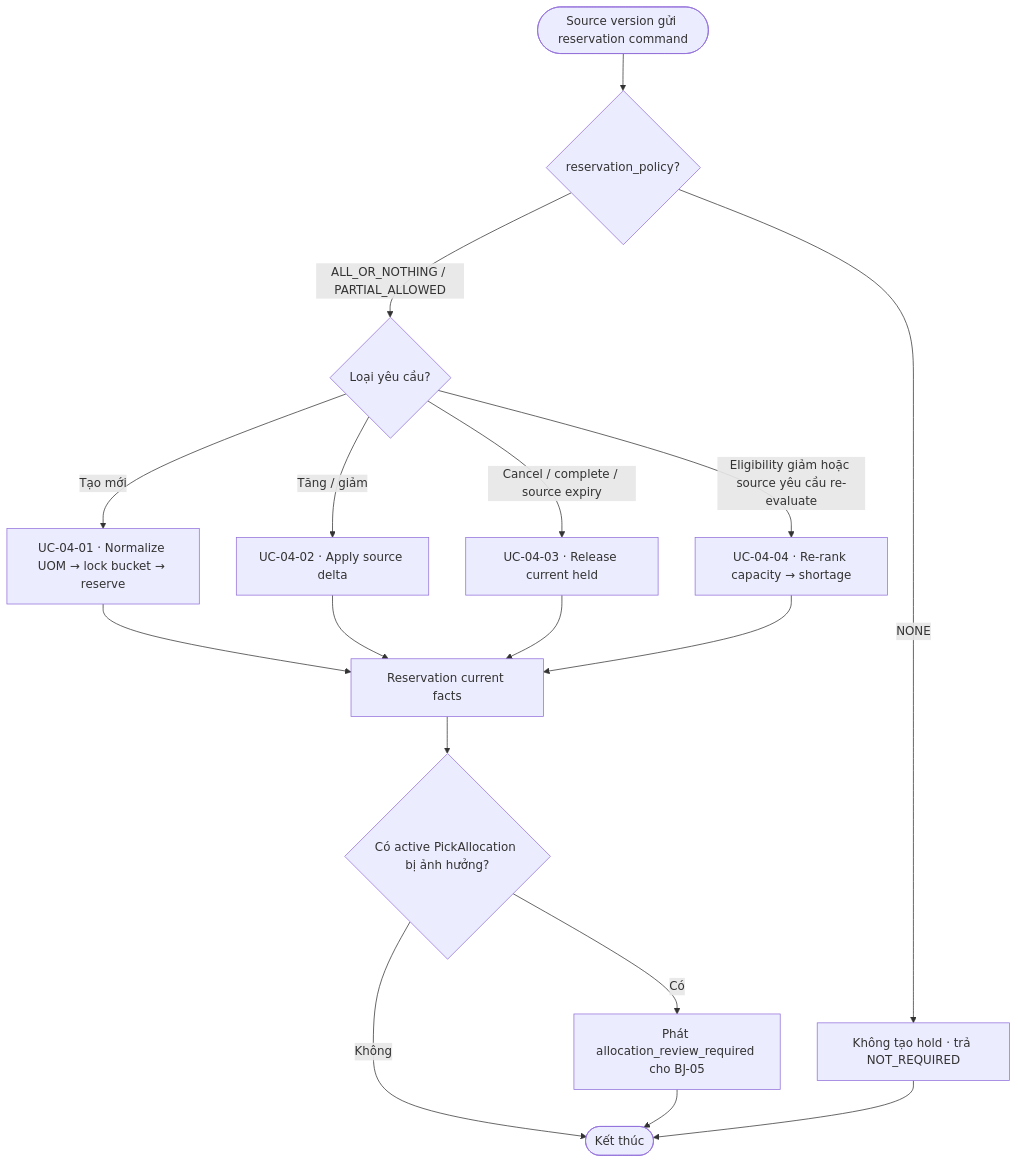
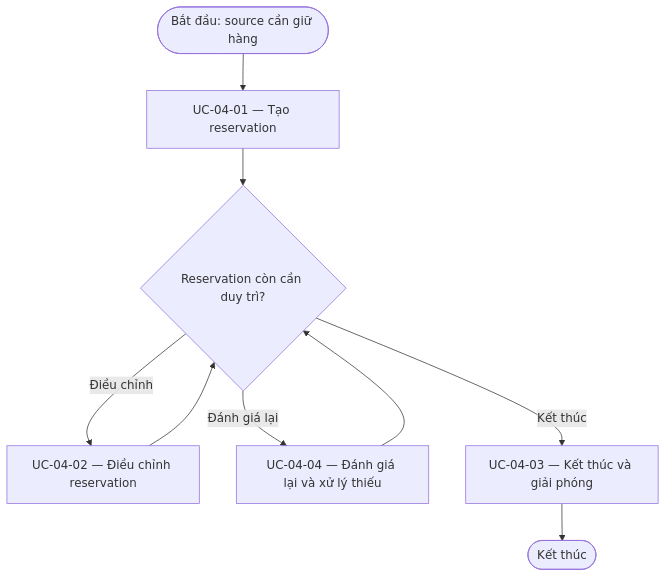
Before and after one commit to DsChien102/erp-sales-inventory: the diagram in specs/themes/theme-07/02.specification/behavior/journeys/BJ-04-quan-ly-vong-oi-giu-hang.md, drawn with Mermaid. The commit also changed other lines of this file and 4136 other files, not shown here.

````diff
--- a/specs/themes/theme-07/02.specification/behavior/journeys/BJ-04-quan-ly-vong-oi-giu-hang.md
+++ b/specs/themes/theme-07/02.specification/behavior/journeys/BJ-04-quan-ly-vong-oi-giu-hang.md
@@ -36,19 +32,11 @@
 ```mermaid
 flowchart TD
-    S([Source version gửi reservation command]) --> P{reservation_policy?}
-    P -->|NONE| N[Không tạo hold · trả NOT_REQUIRED]
-    P -->|ALL_OR_NOTHING / PARTIAL_ALLOWED| T{Loại yêu cầu?}
-    T -->|Tạo mới| U1[UC-04-01 · Normalize UOM → lock bucket → reserve]
-    T -->|Tăng / giảm| U2[UC-04-02 · Apply source delta]
-    T -->|Cancel / complete / source expiry| U3[UC-04-03 · Release current held]
-    T -->|Eligibility giảm hoặc source yêu cầu re-evaluate| U4[UC-04-04 · Re-rank capacity → shortage]
-    U1 --> R[Reservation current facts]
-    U2 --> R
-    U3 --> R
-    U4 --> R
-    R --> A{Có active PickAllocation bị ảnh hưởng?}
-    A -->|Có| B[Phát allocation_review_required cho BJ-05]
-    A -->|Không| E([Kết thúc])
-    B --> E
-    N --> E
+    Begin([Bắt đầu: source cần giữ hàng]) --> U1["UC-04-01 — Tạo reservation"]
+    U1 --> D{"Reservation còn cần duy trì?"}
+    D -->|Điều chỉnh| U2["UC-04-02 — Điều chỉnh reservation"]
+    D -->|Đánh giá lại| U4["UC-04-04 — Đánh giá lại và xử lý thiếu"]
+    D -->|Kết thúc| U3["UC-04-03 — Kết thúc và giải phóng"]
+    U2 --> D
+    U4 --> D
+    U3 --> End([Kết thúc])
 ```
````
